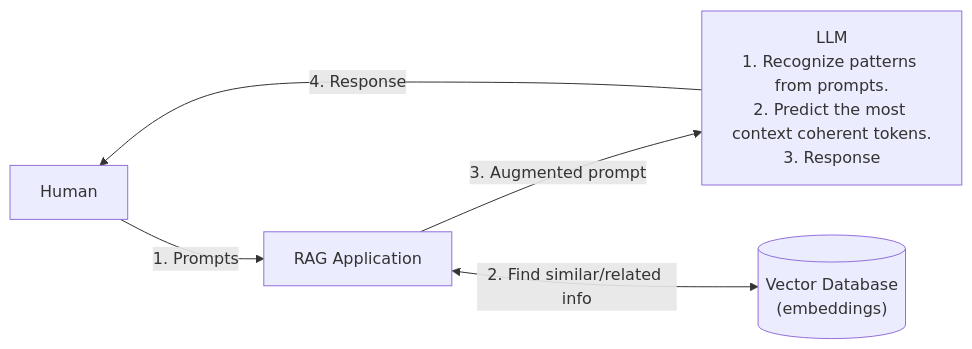
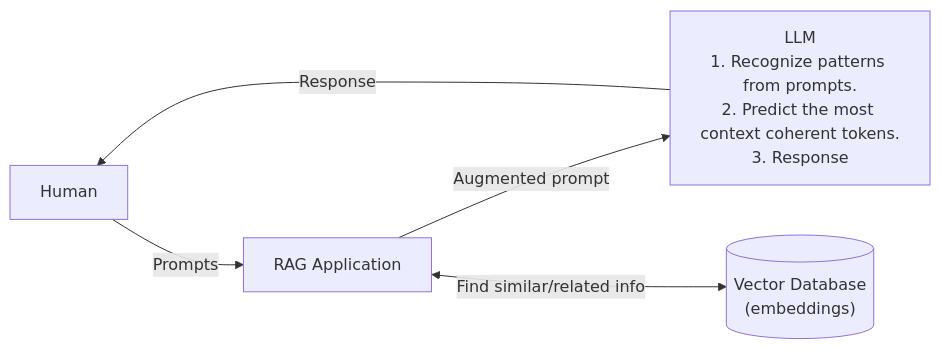
The second of 7 diagrams in ai.md (kckecheng/cheatsheets), drawn with Mermaid before and after one commit. The commit also changed other lines of this file, not shown here.

First line of the commit message:
fix(ai): strip leading 'N. ' from Mermaid edge labels

````diff
--- a/ai.md
+++ b/ai.md
@@ -26,11 +26,11 @@
 ```mermaid
 flowchart LR
     Human[Human]
     RAG[RAG Application]
     LLM["LLM<br>1. Recognize patterns from prompts.<br>2. Predict the most context coherent tokens.<br>3. Response"]
     DB[("Vector Database<br>(embeddings)")]
-    Human -- "1. Prompts" --> RAG
-    RAG -- "3. Augmented prompt" --> LLM
-    LLM -- "4. Response" --> Human
-    RAG <-->|"2. Find similar/related info"| DB
+    Human -- "Prompts" --> RAG
+    RAG -- "Augmented prompt" --> LLM
+    LLM -- "Response" --> Human
+    RAG <-->|"Find similar/related info"| DB
 ```
````
